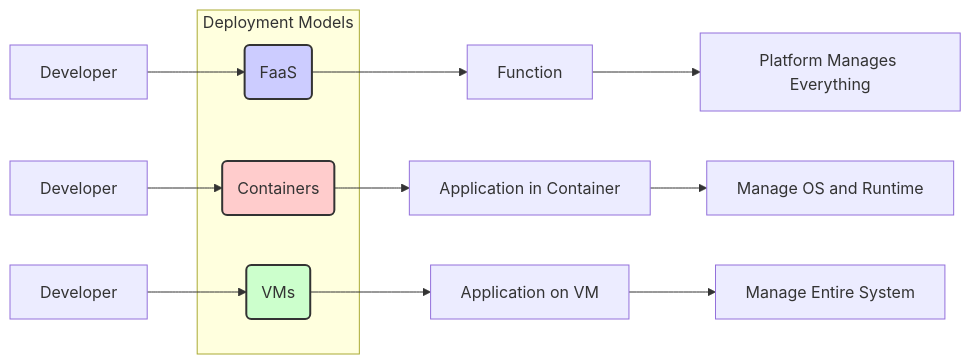
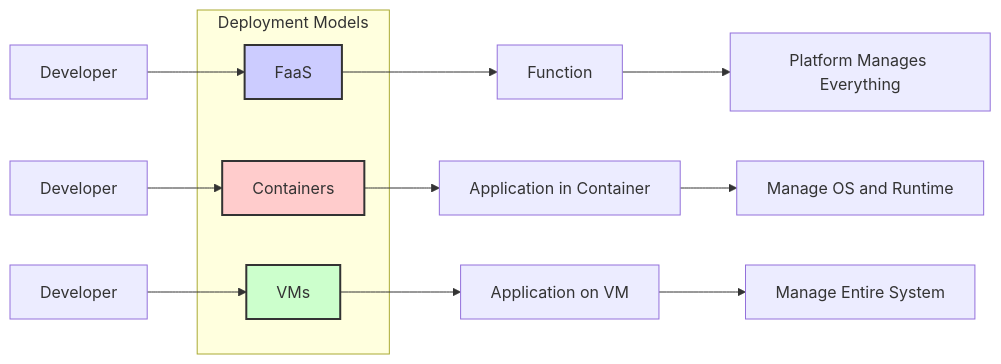
Before and after one commit to muthuspark/system-design: the second of 2 diagrams in posts/cloud-native/function-as-a-service/index.qmd, drawn with Mermaid. The commit also changed other lines of this file and 302 other files, not shown here.

````diff
--- a/posts/cloud-native/function-as-a-service/index.qmd
+++ b/posts/cloud-native/function-as-a-service/index.qmd
@@ -75,24 +69,23 @@
 ```{mermaid}
 graph LR
-    A[Developer] --> B(FaaS);
-    B --> C[Function];
-    D[Developer] --> E(Containers);
-    E --> F[Application in Container];
-    G[Developer] --> H(VMs);
-    H --> I[Application on VM];
+    A[Developer] --> B[FaaS]
+    B --> C[Function]
+    D[Developer] --> E[Containers]
+    E --> F[Application in Container]
+    G[Developer] --> H[VMs]
+    H --> I[Application on VM]
 
     subgraph "Deployment Models"
-        B;
-        E;
-        H;
+        B
+        E
+        H
     end
     
+    C --> J[Platform Manages Everything]
+    F --> K[Manage OS and Runtime]
+    I --> L[Manage Entire System]
+
     style B fill:#ccf,stroke:#333,stroke-width:2px
     style E fill:#fcc,stroke:#333,stroke-width:2px
     style H fill:#cfc,stroke:#333,stroke-width:2px
-
-    
-    C --> J[Platform Manages Everything];
-    F --> K[Manage OS and Runtime];
-    I --> L[Manage Entire System];
 ```
````
